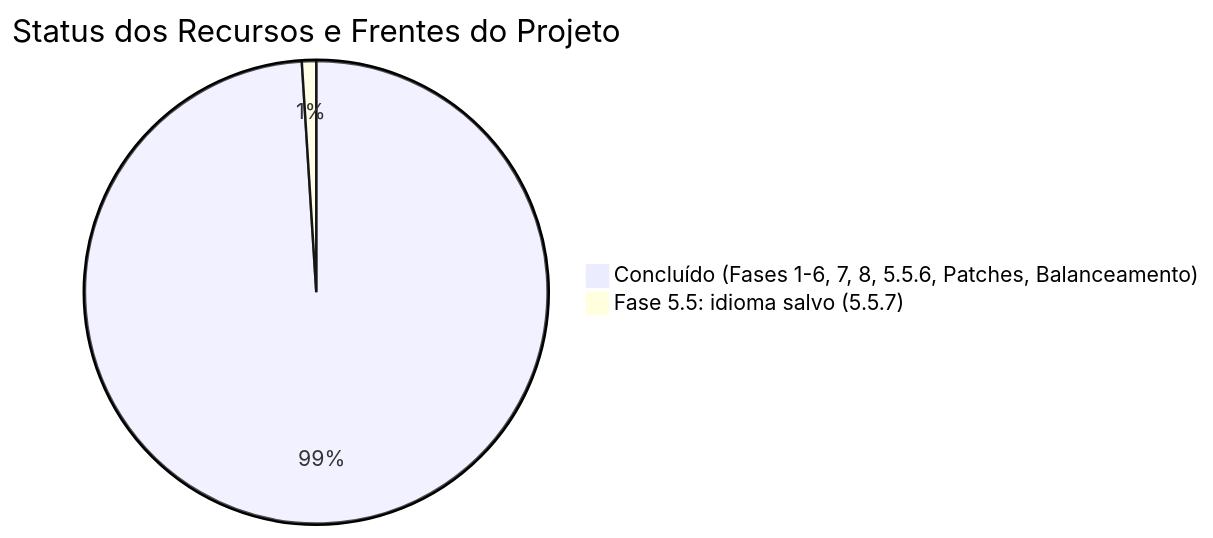
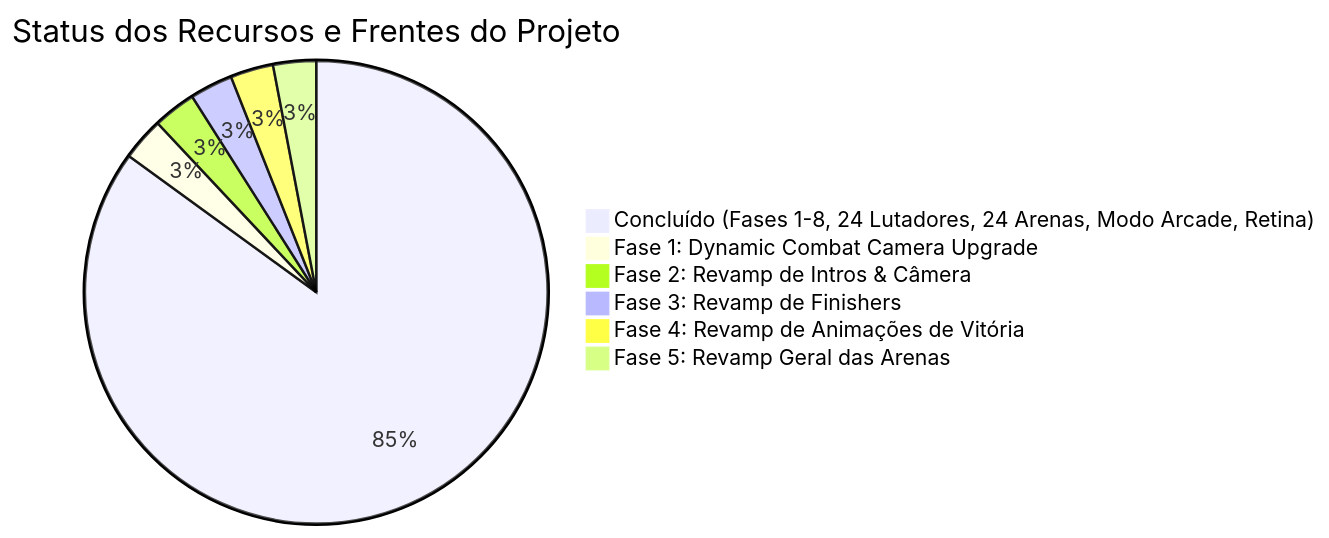
The diagram in docs/ROADMAP.md (colletes/samurai-edge-demake), drawn with Mermaid before and after one commit. The commit also changed other lines of this file and 13 other files, not shown here.

Commit message:
feat: balance projectile dodge graze immunity and restructure cinematic roadmap deliverables

````diff
--- a/docs/ROADMAP.md
+++ b/docs/ROADMAP.md
@@ -11,5 +11,9 @@
 ```mermaid
 pie title Status dos Recursos e Frentes do Projeto
-    "Concluído (Fases 1-6, 7, 8, 5.5.6, Patches, Balanceamento)" : 99
-    "Fase 5.5: idioma salvo (5.5.7)" : 1
+    "Concluído (Fases 1-8, 24 Lutadores, 24 Arenas, Modo Arcade, Retina)" : 85
+    "Fase 1: Dynamic Combat Camera Upgrade" : 3
+    "Fase 2: Revamp de Intros & Câmera" : 3
+    "Fase 3: Revamp de Finishers" : 3
+    "Fase 4: Revamp de Animações de Vitória" : 3
+    "Fase 5: Revamp Geral das Arenas" : 3
 ```
````
